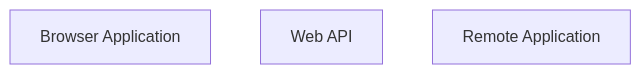
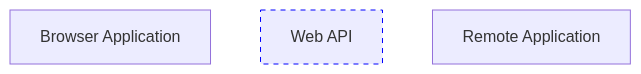
Before and after one commit to bjacobgordon/shark-ui: the diagram in docs/webAPI/architecture.mmd, drawn with Mermaid.

Commit message:
step: differentiates contracts from applications

```diff
--- a/docs/webAPI/architecture.mmd
+++ b/docs/webAPI/architecture.mmd
@@ -1,6 +1,9 @@
 flowchart
+  classDef Contract stroke: #00F, stroke-dasharray: 5
+
   BrowserApplication[Browser Application]
 
   WebAPI[Web API]
+  class WebAPI Contract
 
   RemoteApplication[Remote Application]
```
